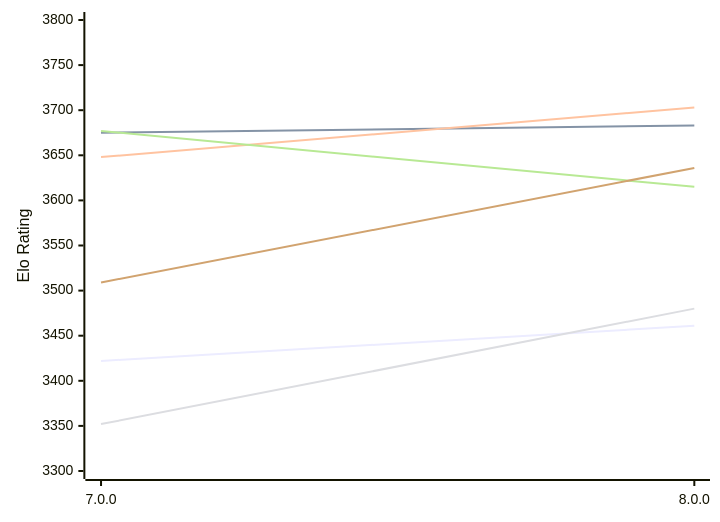
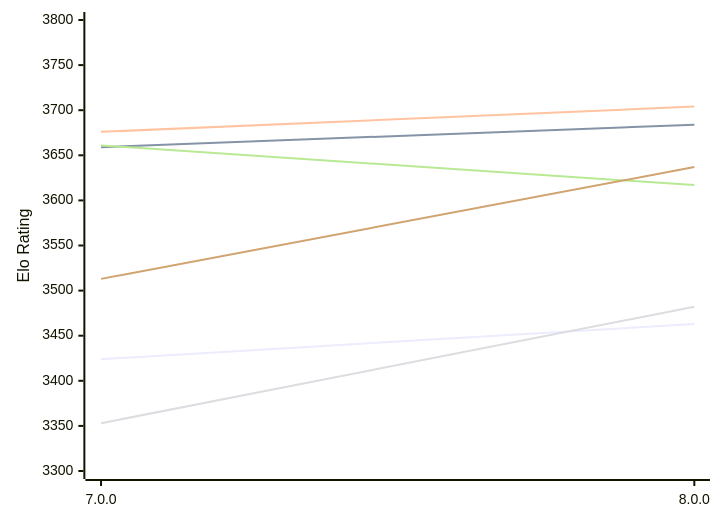
One commit to computer-chess-index/cci changed the first of 2 diagrams in engines/PlentyChess.md. Above: the diagram before and after it, drawn with Mermaid. The commit also changed other lines of this file, not shown here.

Commit message:
Update CCI Ratings (ELO VLTC) - 2026-11-17

````diff
--- a/engines/PlentyChess.md
+++ b/engines/PlentyChess.md
@@ -55,12 +55,12 @@
 ```mermaid
 %%{init: {"theme":"base","themeVariables":{"seriesColors:['#a3a3a3','#222221','#faa371']}}}%%
 xychart-beta
   x-axis ["7.0.0", "8.0.0"]
   y-axis "Elo Rating" 3300 --> 3800
-  line "E1: STC (8.0+0.08s)" [3422, 3461]
-  line "E1: LTC (60.0+0.60s)" [3675, 3683]
-  line "E1: VLTC (2m24s+1.12s)" [3648, 3703]
-  line "P1: STC (8.0+0.08s)" [3352, 3480]
-  line "P1: LTC (60.0+0.60s)" [3677, 3615]
-  line "P1: VLTC (2m24s+1.12s)" [3509, 3636]
+  line "E1: STC (8.0+0.08s)" [3424, 3463]
+  line "E1: LTC (60.0+0.60s)" [3659, 3684]
+  line "E1: VLTC (2m24s+1.12s)" [3676, 3704]
+  line "P1: STC (8.0+0.08s)" [3353, 3482]
+  line "P1: LTC (60.0+0.60s)" [3661, 3617]
+  line "P1: VLTC (2m24s+1.12s)" [3513, 3637]
 ```
````
